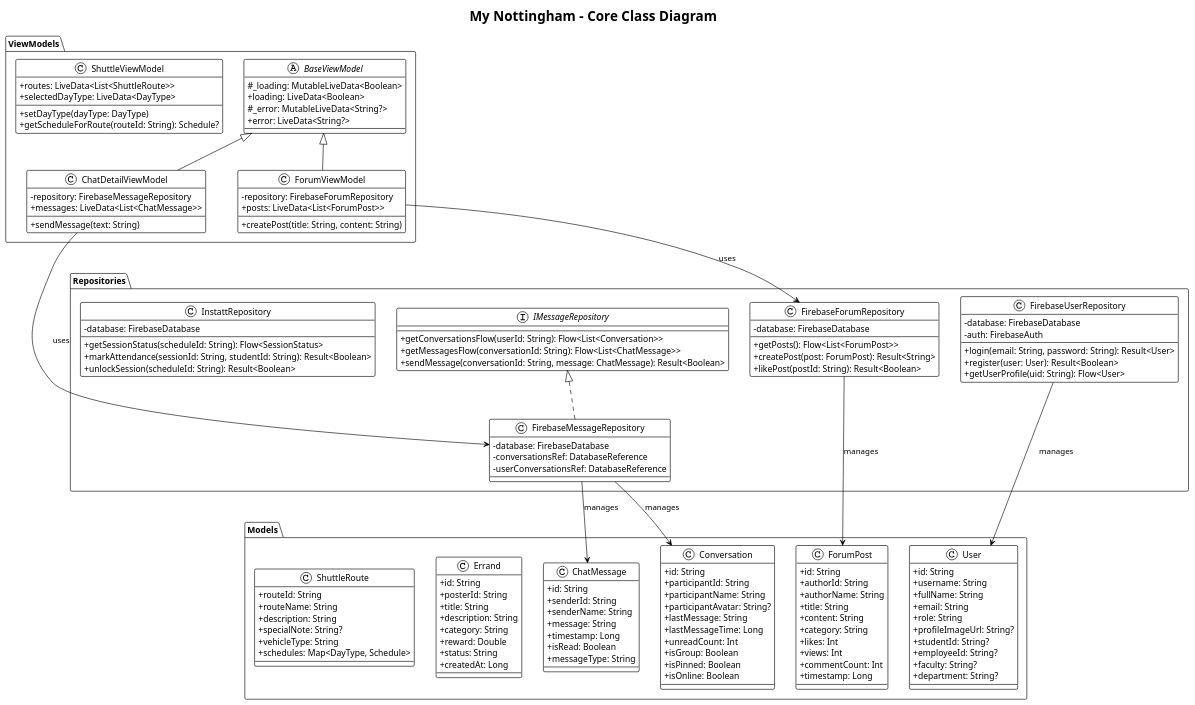
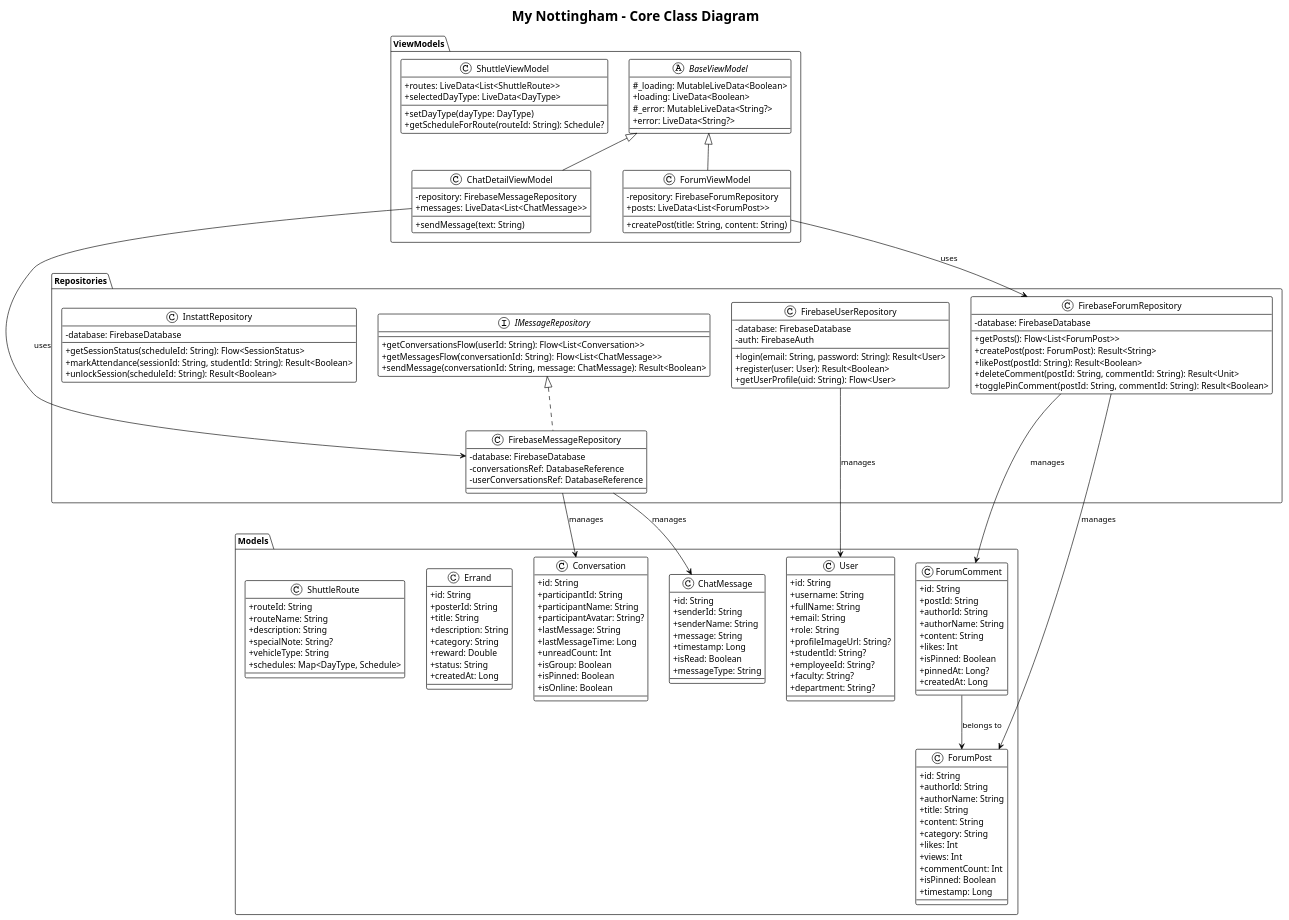
Before and after one commit to COMP3040-2025-2026/cw-2-group-b: the diagram in docs/uml/class_diagram.puml, drawn with PlantUML. The commit also changed 6 other files, not shown here.

First line of the commit message:
docs: Update UML diagrams and report for forum comment management

```diff
--- a/docs/uml/class_diagram.puml
+++ b/docs/uml/class_diagram.puml
@@ -1,149 +1,166 @@
 @startuml Class Diagram
 !theme plain
 skinparam classAttributeIconSize 0
 
 title My Nottingham - Core Class Diagram
 
 package "Models" {
     class User {
         +id: String
         +username: String
         +fullName: String
         +email: String
         +role: String
         +profileImageUrl: String?
         +studentId: String?
         +employeeId: String?
         +faculty: String?
         +department: String?
     }
 
     class Conversation {
         +id: String
         +participantId: String
         +participantName: String
         +participantAvatar: String?
         +lastMessage: String
         +lastMessageTime: Long
         +unreadCount: Int
         +isGroup: Boolean
         +isPinned: Boolean
         +isOnline: Boolean
     }
 
     class ChatMessage {
         +id: String
         +senderId: String
         +senderName: String
         +message: String
         +timestamp: Long
         +isRead: Boolean
         +messageType: String
     }
 
     class ForumPost {
         +id: String
         +authorId: String
         +authorName: String
         +title: String
         +content: String
         +category: String
         +likes: Int
         +views: Int
         +commentCount: Int
+        +isPinned: Boolean
         +timestamp: Long
+    }
+
+    class ForumComment {
+        +id: String
+        +postId: String
+        +authorId: String
+        +authorName: String
+        +content: String
+        +likes: Int
+        +isPinned: Boolean
+        +pinnedAt: Long?
+        +createdAt: Long
     }
 
     class Errand {
         +id: String
         +posterId: String
         +title: String
         +description: String
         +category: String
         +reward: Double
         +status: String
         +createdAt: Long
     }
 
     class ShuttleRoute {
         +routeId: String
         +routeName: String
         +description: String
         +specialNote: String?
         +vehicleType: String
         +schedules: Map<DayType, Schedule>
     }
 }
 
 package "Repositories" {
     interface IMessageRepository {
         +getConversationsFlow(userId: String): Flow<List<Conversation>>
         +getMessagesFlow(conversationId: String): Flow<List<ChatMessage>>
         +sendMessage(conversationId: String, message: ChatMessage): Result<Boolean>
     }
 
     class FirebaseMessageRepository implements IMessageRepository {
         -database: FirebaseDatabase
         -conversationsRef: DatabaseReference
         -userConversationsRef: DatabaseReference
     }
 
     class FirebaseUserRepository {
         -database: FirebaseDatabase
         -auth: FirebaseAuth
         +login(email: String, password: String): Result<User>
         +register(user: User): Result<Boolean>
         +getUserProfile(uid: String): Flow<User>
     }
 
     class FirebaseForumRepository {
         -database: FirebaseDatabase
         +getPosts(): Flow<List<ForumPost>>
         +createPost(post: ForumPost): Result<String>
         +likePost(postId: String): Result<Boolean>
+        +deleteComment(postId: String, commentId: String): Result<Unit>
+        +togglePinComment(postId: String, commentId: String): Result<Boolean>
     }
 
     class InstattRepository {
         -database: FirebaseDatabase
         +getSessionStatus(scheduleId: String): Flow<SessionStatus>
         +markAttendance(sessionId: String, studentId: String): Result<Boolean>
         +unlockSession(scheduleId: String): Result<Boolean>
     }
 }
 
 package "ViewModels" {
     abstract class BaseViewModel {
         #_loading: MutableLiveData<Boolean>
         +loading: LiveData<Boolean>
         #_error: MutableLiveData<String?>
         +error: LiveData<String?>
     }
 
     class ChatDetailViewModel extends BaseViewModel {
         -repository: FirebaseMessageRepository
         +messages: LiveData<List<ChatMessage>>
         +sendMessage(text: String)
     }
 
     class ForumViewModel extends BaseViewModel {
         -repository: FirebaseForumRepository
         +posts: LiveData<List<ForumPost>>
         +createPost(title: String, content: String)
     }
 
     class ShuttleViewModel {
         +routes: LiveData<List<ShuttleRoute>>
         +selectedDayType: LiveData<DayType>
         +setDayType(dayType: DayType)
         +getScheduleForRoute(routeId: String): Schedule?
     }
 }
 
 ChatDetailViewModel --> FirebaseMessageRepository : uses
 ForumViewModel --> FirebaseForumRepository : uses
 FirebaseMessageRepository --> Conversation : manages
 FirebaseMessageRepository --> ChatMessage : manages
 FirebaseUserRepository --> User : manages
 FirebaseForumRepository --> ForumPost : manages
+FirebaseForumRepository --> ForumComment : manages
+ForumComment --> ForumPost : belongs to
 
 @enduml
```
